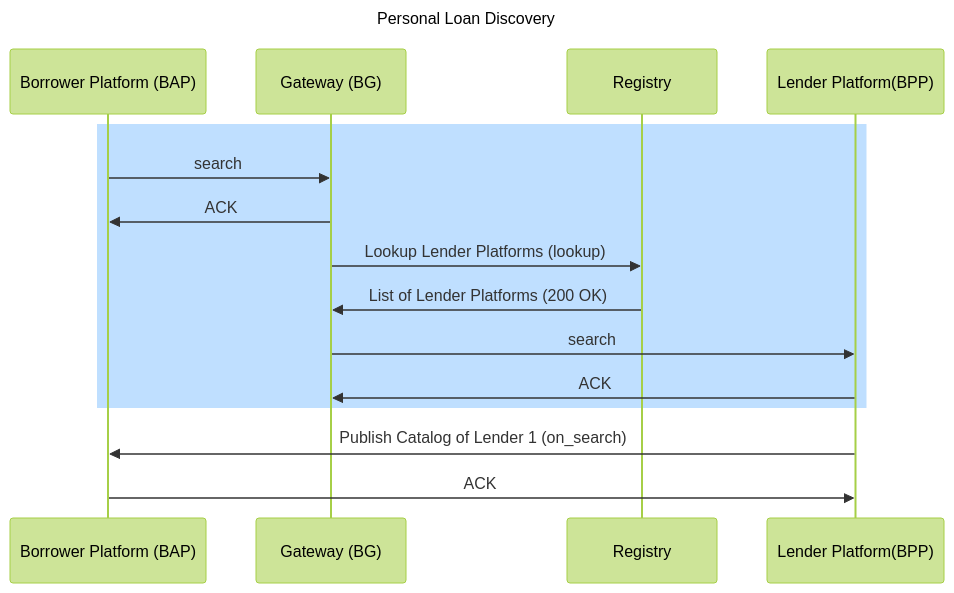
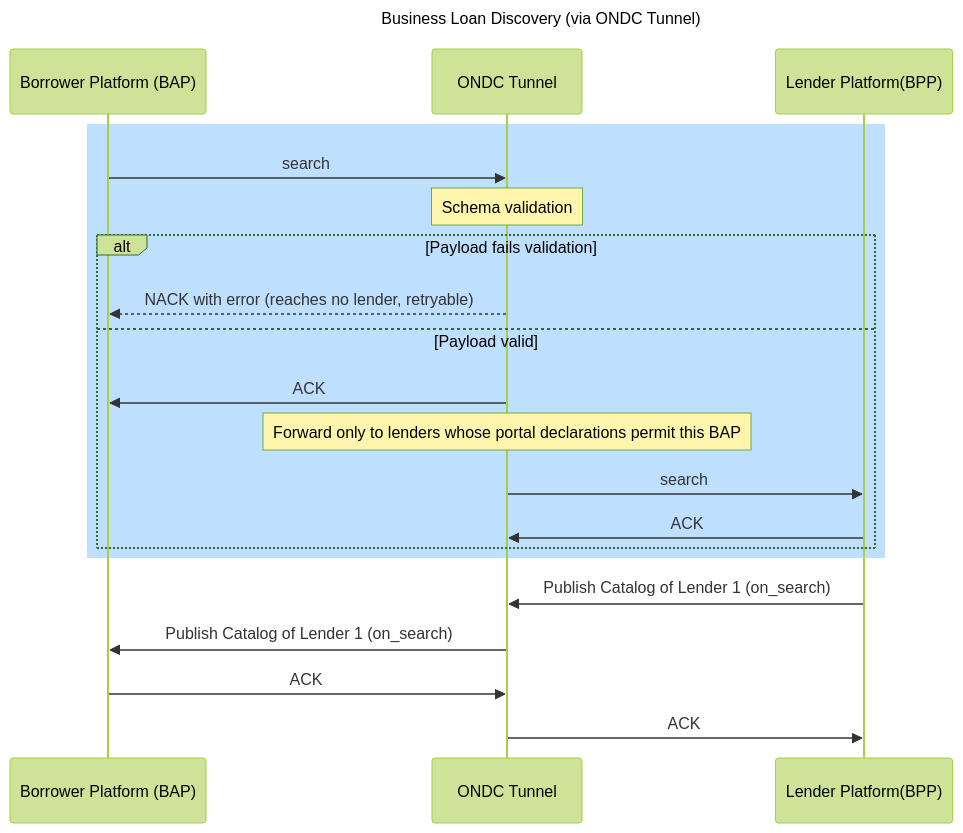
The first of 2 diagrams in config/docs/master-search-sequence-diagrams.md (JyotiSharma0711/automation-specifications), drawn with Mermaid (forest theme) before and after one commit. The commit also changed other lines of this file, not shown here.

Commit message:
docs: update master search sequence diagrams with ONDC Tunnel routing
Replaces the generic Gateway/Registry discovery diagram with one that
reflects the actual ONDC Tunnel-mediated routing: every /search and
/on_search call is schema-validated by the Tunnel, which NACKs invalid
payloads back to the sender (never reaching the other party) and
forwards valid /search only to lenders whose portal declarations permit
the requesting Borrower Platform.

````diff
--- a/config/docs/master-search-sequence-diagrams.md
+++ b/config/docs/master-search-sequence-diagrams.md
@@ -13,14 +13,23 @@
 ```mermaid
 sequenceDiagram
-  title Personal Loan Discovery
+  title Business Loan Discovery (via ONDC Tunnel)
+  participant Borrower Platform (BAP)
+  participant ONDC Tunnel
+  participant Lender Platform(BPP)
   rect rgb(191, 223, 255)
-  Borrower Platform (BAP)->>Gateway (BG): search
-  Gateway (BG) ->> Borrower Platform (BAP): ACK
-  Gateway (BG)->>Registry: Lookup Lender Platforms (lookup)
-  Registry->>Gateway (BG): List of Lender Platforms (200 OK)
-  Gateway (BG)->>Lender Platform(BPP): search
-  Lender Platform(BPP)->>Gateway (BG) : ACK
+  Borrower Platform (BAP)->>ONDC Tunnel: search
+  Note over ONDC Tunnel: Schema validation
+  alt Payload fails validation
+    ONDC Tunnel-->>Borrower Platform (BAP): NACK with error (reaches no lender, retryable)
+  else Payload valid
+    ONDC Tunnel->>Borrower Platform (BAP): ACK
+    Note over ONDC Tunnel: Forward only to lenders whose portal declarations permit this BAP
+    ONDC Tunnel->>Lender Platform(BPP): search
+    Lender Platform(BPP)->>ONDC Tunnel: ACK
   end
-  Lender Platform(BPP)->>Borrower Platform (BAP): Publish Catalog of Lender 1 (on_search)
-  Borrower Platform (BAP)->>Lender Platform(BPP): ACK
+  end
+  Lender Platform(BPP)->>ONDC Tunnel: Publish Catalog of Lender 1 (on_search)
+  ONDC Tunnel->>Borrower Platform (BAP): Publish Catalog of Lender 1 (on_search)
+  Borrower Platform (BAP)->>ONDC Tunnel: ACK
+  ONDC Tunnel->>Lender Platform(BPP): ACK
 ```
````
